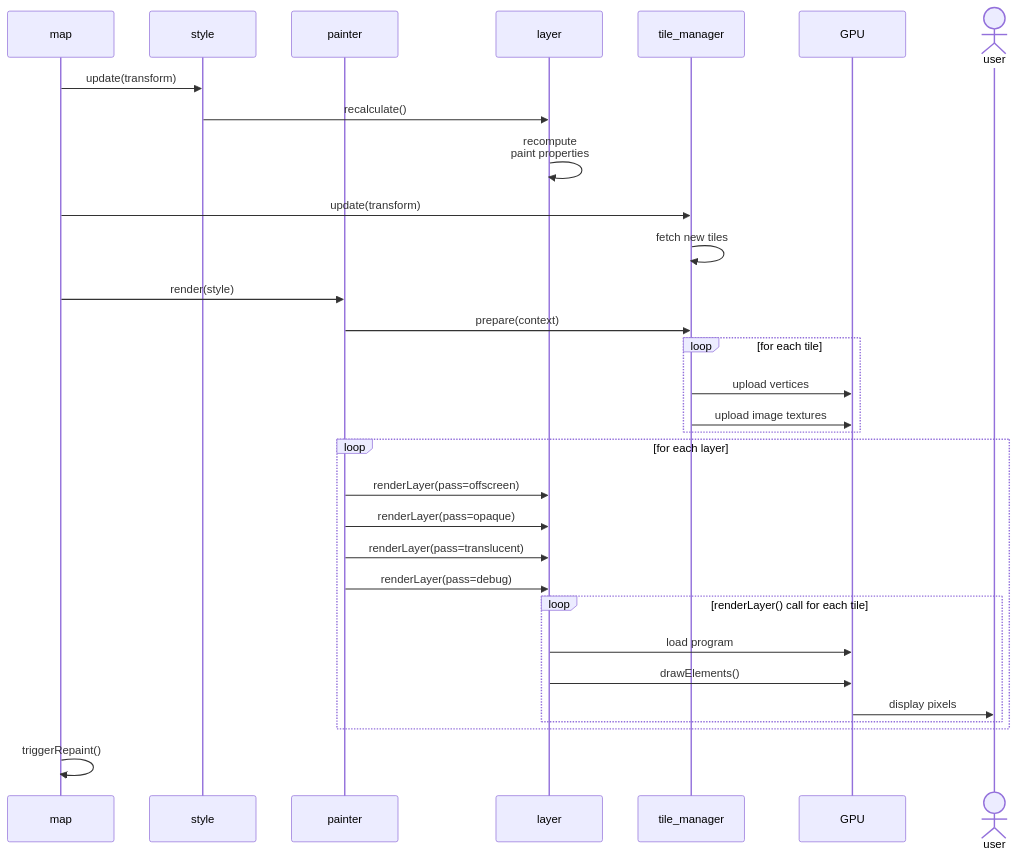
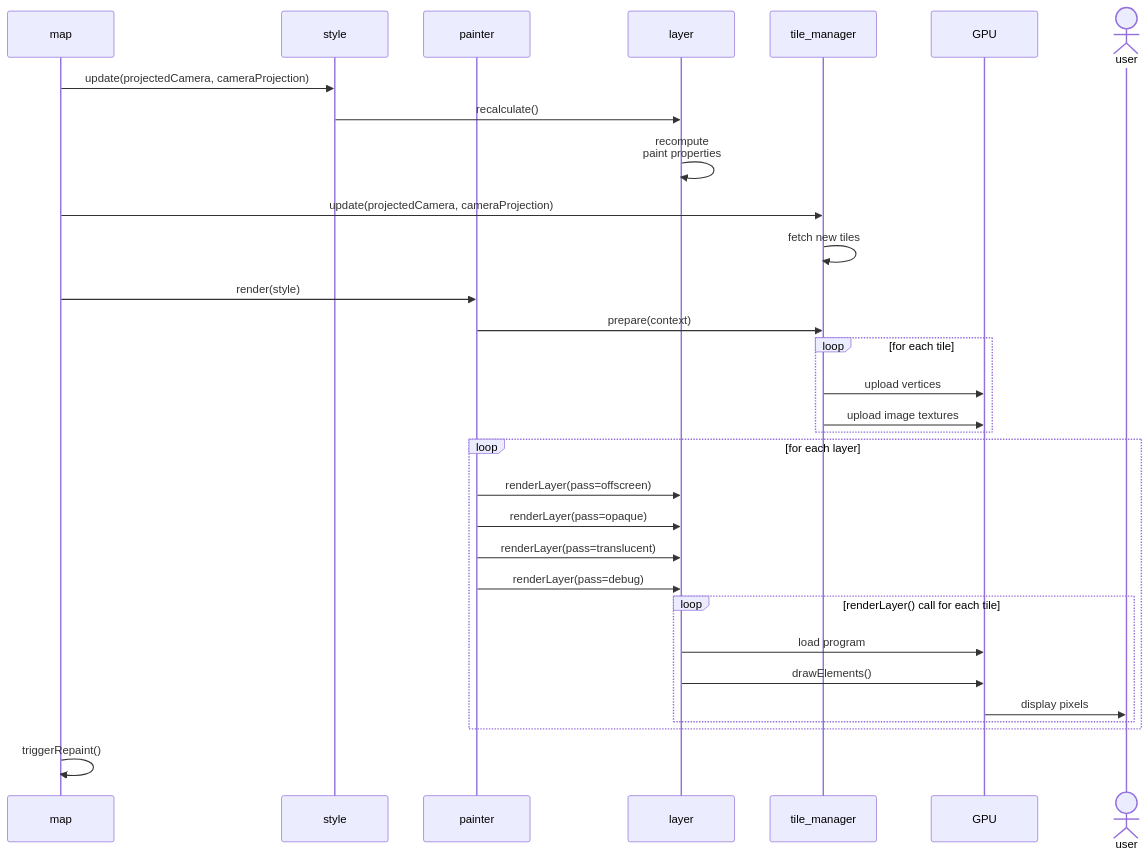
One commit to maplibre/maplibre-gl-js changed the third of 3 diagrams in developer-guides/life-of-a-tile.md. Above: the diagram before and after it, drawn with Mermaid. The commit also changed other lines of this file and 172 other files, not shown here.

````diff
--- a/developer-guides/life-of-a-tile.md
+++ b/developer-guides/life-of-a-tile.md
@@ -154,34 +157,34 @@
 ```mermaid
 sequenceDiagram
     participant map
     participant style
     participant painter
     participant layer
     participant tile_manager
     participant GPU
     actor user
 
-    map->>style: update(transform)
+    map->>style: update(projectedCamera, cameraProjection)
     style->>layer: recalculate()
     layer->>layer: recompute<br>paint properties
-    map->>tile_manager: update(transform)
+    map->>tile_manager: update(projectedCamera, cameraProjection)
     tile_manager->>tile_manager: fetch new tiles
     map->>painter: render(style)
     painter->>tile_manager: prepare(context)
     loop for each tile
         tile_manager->>GPU: upload vertices
         tile_manager->>GPU: upload image textures
     end
     loop for each layer
         painter->>layer: renderLayer(pass=offscreen)
         painter->>layer: renderLayer(pass=opaque)
         painter->>layer: renderLayer(pass=translucent)
         painter->>layer: renderLayer(pass=debug)
         loop renderLayer() call for each tile
             layer->>GPU: load program
             layer->>GPU: drawElements()
             GPU->>user: display pixels
         end
     end
     map->>map: triggerRepaint()
 ```
````
